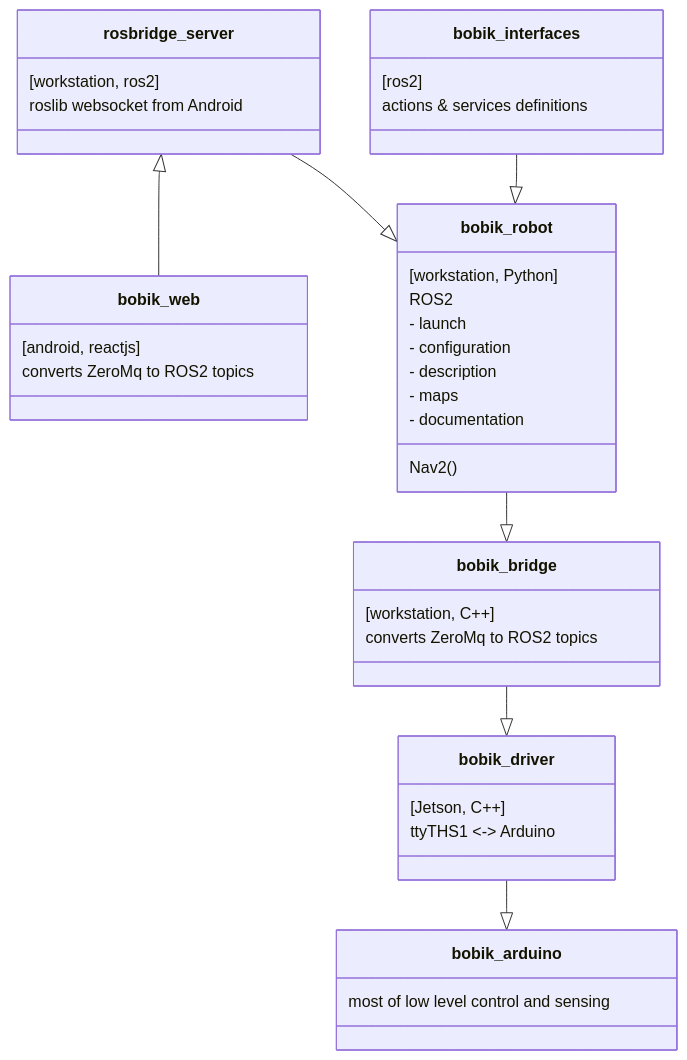
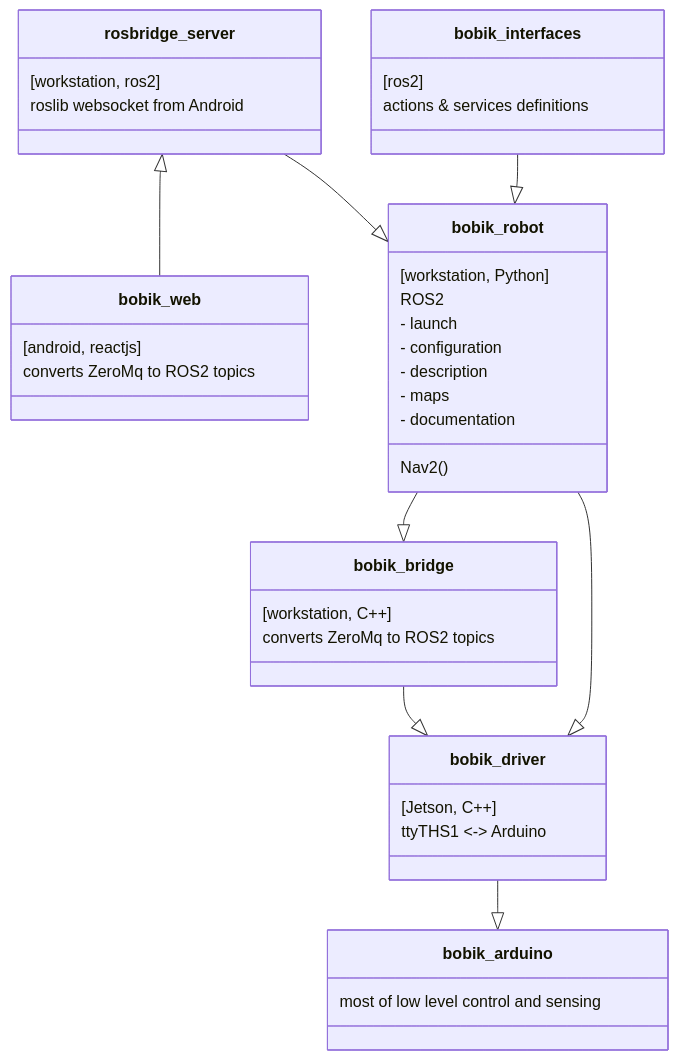
The diagram in README.md (slesinger/bobik_robot), drawn with Mermaid before and after one commit.

````diff
--- a/README.md
+++ b/README.md
@@ -11,47 +11,48 @@
 ```mermaid
 classDiagram
     bobik_robot --|> bobik_bridge
     bobik_bridge --|> bobik_driver
+    bobik_robot --|> bobik_driver
     bobik_driver --|> bobik_arduino
     rosbridge_server <|-- bobik_web
     rosbridge_server --|> bobik_robot
     bobik_interfaces --|> bobik_robot
 
     class bobik_robot {
         [workstation, Python]
         ROS2
         - launch
         - configuration
         - description
         - maps
         - documentation
         Nav2()
     }
     class bobik_bridge {
         [workstation, C++]
         converts ZeroMq to ROS2 topics
     }
     class bobik_driver {
         [Jetson, C++]
         ttyTHS1 <-> Arduino
     }
     class bobik_arduino {
         most of low level control and sensing
     }
 
     class rosbridge_server {
         [workstation, ros2]
         roslib websocket from Android
     }
     class bobik_web {
         [android, reactjs]
         converts ZeroMq to ROS2 topics
     }
     class bobik_interfaces {
         [ros2]
         actions & services definitions
     }
 
 
 
 ```
````
